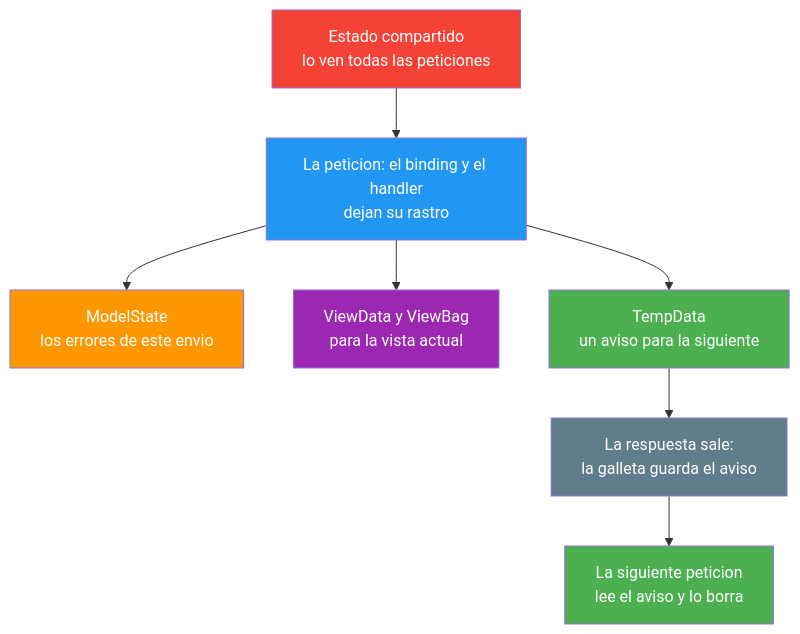
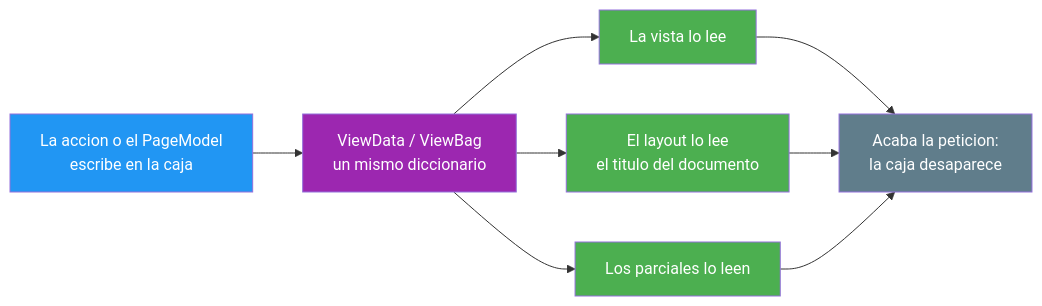
The second of 4 diagrams in 17-estado-app.md (joseluisgs/DesarrolloWebEntornosServidor-03-2026-2027), drawn with Mermaid before and after one commit. The commit also changed other lines of this file, not shown here.

Commit message:
docs: reescribir el 17 con la base conceptual de HTTP sin estado y los trucos del estado

````diff
--- a/17-estado-app.md
+++ b/17-estado-app.md
@@ -55,16 +114,16 @@
 ```mermaid
-graph TD
-    A["La peticion: el binding y el handler<br/>dejan su rastro"] --> B["ModelState<br/>los errores de este envio"]
-    A --> C["ViewData y ViewBag<br/>para la vista actual"]
-    A --> D["TempData<br/>un aviso para la siguiente"]
-    D --> E["La respuesta sale:<br/>la galleta guarda el aviso"]
-    E --> F["La siguiente peticion<br/>lee el aviso y lo borra"]
-    G["Estado compartido<br/>lo ven todas las peticiones"] --> A
-    style A fill:#2196F3,color:#fff
-    style B fill:#FF9800,color:#fff
-    style C fill:#9C27B0,color:#fff
-    style D fill:#4CAF50,color:#fff
-    style E fill:#607D8B,color:#fff
-    style F fill:#4CAF50,color:#fff
-    style G fill:#f44336,color:#fff
+graph LR
+    H["La accion o el PageModel<br/>escribe en la caja"] --> D["ViewData / ViewBag<br/>un mismo diccionario"]
+    D --> V["La vista lo lee"]
+    D --> L["El layout lo lee<br/>el titulo del documento"]
+    D --> P["Los parciales lo leen"]
+    V --> F["Acaba la peticion:<br/>la caja desaparece"]
+    L --> F
+    P --> F
+    style H fill:#2196F3,color:#fff
+    style D fill:#9C27B0,color:#fff
+    style V fill:#4CAF50,color:#fff
+    style L fill:#4CAF50,color:#fff
+    style P fill:#4CAF50,color:#fff
+    style F fill:#607D8B,color:#fff
 ```
````
